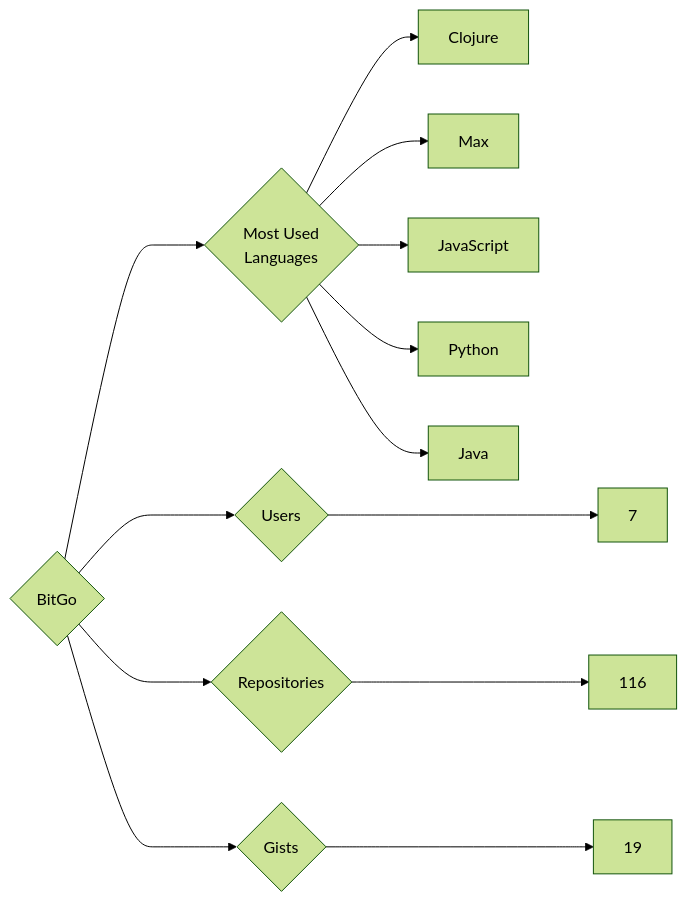
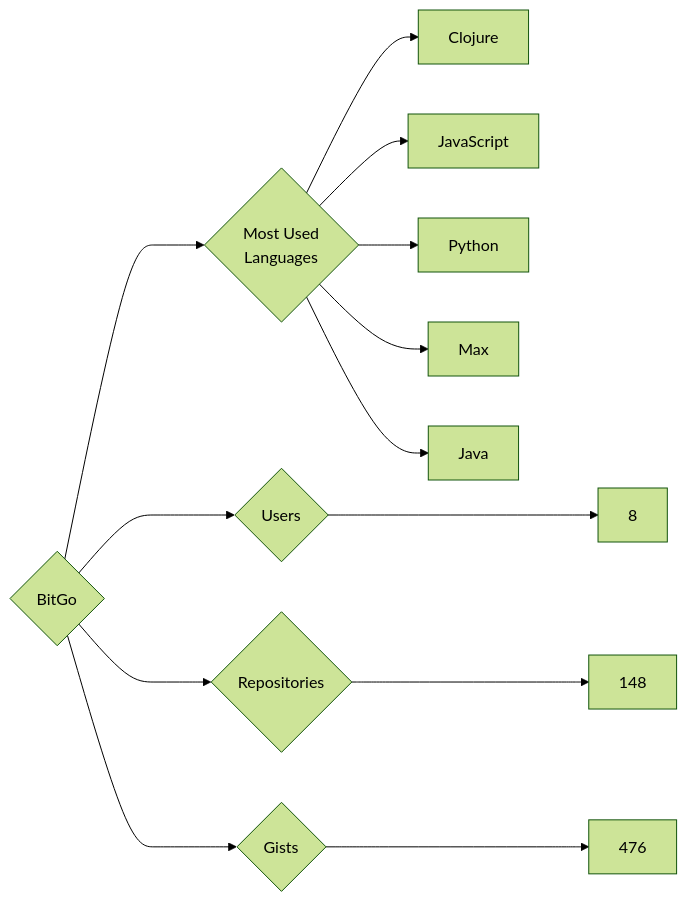
Before and after one commit to trickest/insiders: the diagram in targets/BitGo/README.md, drawn with Mermaid (forest theme). The commit also changed 1149 other files, not shown here.

````diff
--- a/targets/BitGo/README.md
+++ b/targets/BitGo/README.md
@@ -3,13 +3,13 @@
 ```mermaid
 graph LR
 COMPANY_NAME{BitGo}
-COMPANY_NAME ---> U{Users} ---> UN[7]
-COMPANY_NAME ---> R{Repositories} ---> RN[116]
-COMPANY_NAME ---> G{Gists} ---> GN[19]
+COMPANY_NAME ---> U{Users} ---> UN[8]
+COMPANY_NAME ---> R{Repositories} ---> RN[148]
+COMPANY_NAME ---> G{Gists} ---> GN[476]
 COMPANY_NAME ---> ML{Most Used<br>Languages}
 ML --> Clojure[Clojure]
-ML --> Max[Max]
 ML --> JavaScript[JavaScript]
 ML --> Python[Python]
+ML --> Max[Max]
 ML --> Java[Java]
 ```
````
